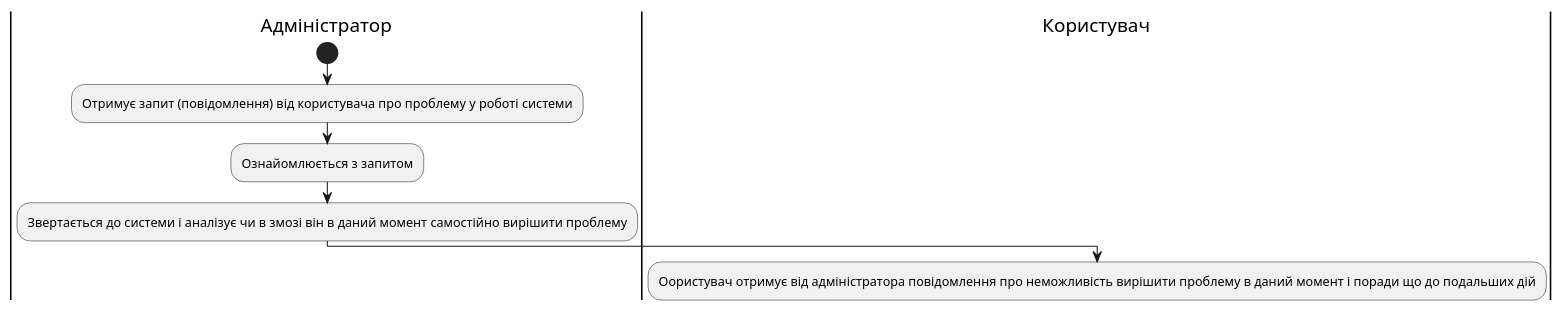
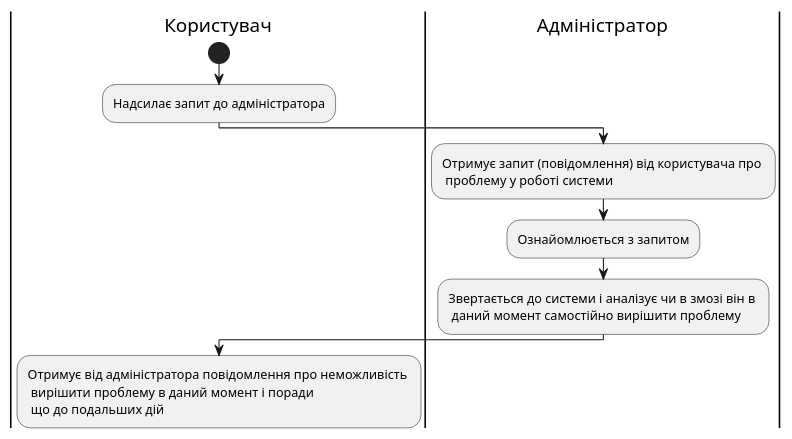
Diagram 16 of 16 in docs/use cases/README.md (ukioxz/media-content-analyzing-system), drawn with PlantUML before and after one commit. The commit also changed other lines of this file and 2 other files, not shown here.

```diff
--- a/docs/use cases/README.md
+++ b/docs/use cases/README.md
@@ -481,19 +432,21 @@
 @startuml
 
-
-|Адміністратор|
+|Користувач|
 
 start
 
-:Отримує запит (повідомлення) від користувача про проблему у роботі системи;
+:Надсилає запит до адміністратора;
+
+|#AntiqueWhite|Адміністратор
+
+:Отримує запит (повідомлення) від користувача про \n проблему у роботі системи;
 
 :Ознайомлюється з запитом;
 
-:Звертається до системи і аналізує чи в змозі він в даний момент самостійно вирішити проблему;
+:Звертається до системи і аналізує чи в змозі він в \n даний момент самостійно вирішити проблему;
 
-|#AntiqueWhite|Користувач
+|Користувач|
 
-:Оористувач отримує від адміністратора повідомлення про неможливість вирішити проблему в даний момент і поради що до подальших дій;
-
+:Отримує від адміністратора повідомлення про неможливість \n вирішити проблему в даний момент і поради \n що до подальших дій;
 
 @enduml
```
